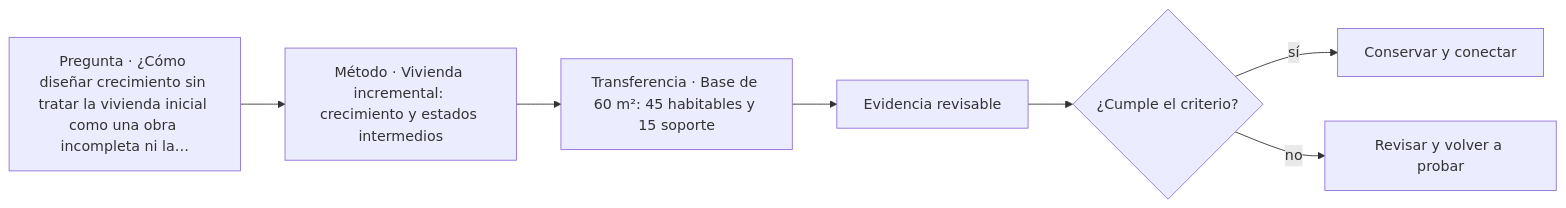
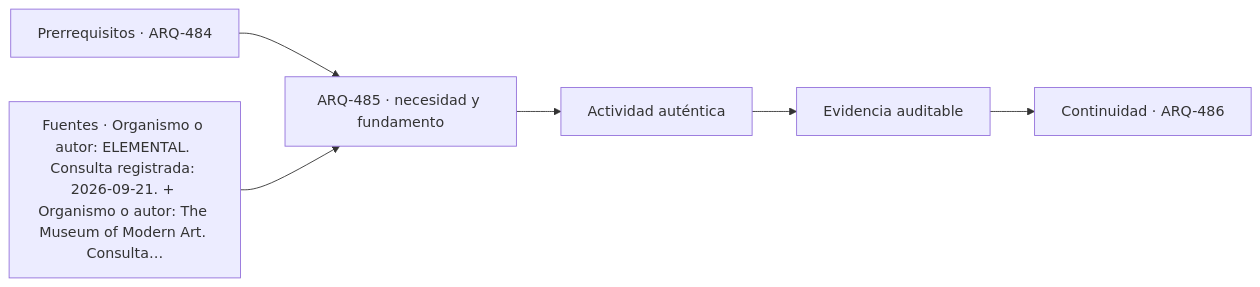
The diagram in classes/parte-49/ARQ-485.md (vladimiracunadev-create/architecture-built-environment-learning-program), drawn with Mermaid before and after one commit. The commit also changed other lines of this file and 761 other files, not shown here.

````diff
--- a/classes/parte-49/ARQ-485.md
+++ b/classes/parte-49/ARQ-485.md
@@ -89,9 +101,8 @@
 ```mermaid
 flowchart LR
-    Q["Pregunta · ¿Cómo diseñar crecimiento sin tratar la vivienda inicial como una obra incompleta ni la…"] --> M["Método · Vivienda incremental: crecimiento y estados intermedios"]
-    M --> P["Transferencia · Base de 60 m²: 45 habitables y 15 soporte"]
-    P --> E["Evidencia revisable"]
-    E --> C{"¿Cumple el criterio?"}
-    C -->|sí| T["Conservar y conectar"]
-    C -->|no| R["Revisar y volver a probar"]
+    A["Prerrequisitos · ARQ-484"] --> B["ARQ-485 · necesidad y fundamento"]
+    S["Fuentes · Organismo o autor: ELEMENTAL. Consulta registrada: 2026-09-21. + Organismo o autor: The Museum of Modern Art. Consulta…"] --> B
+    B --> C["Actividad auténtica"]
+    C --> D["Evidencia auditable"]
+    D --> E["Continuidad · ARQ-486"]
 ```
````
